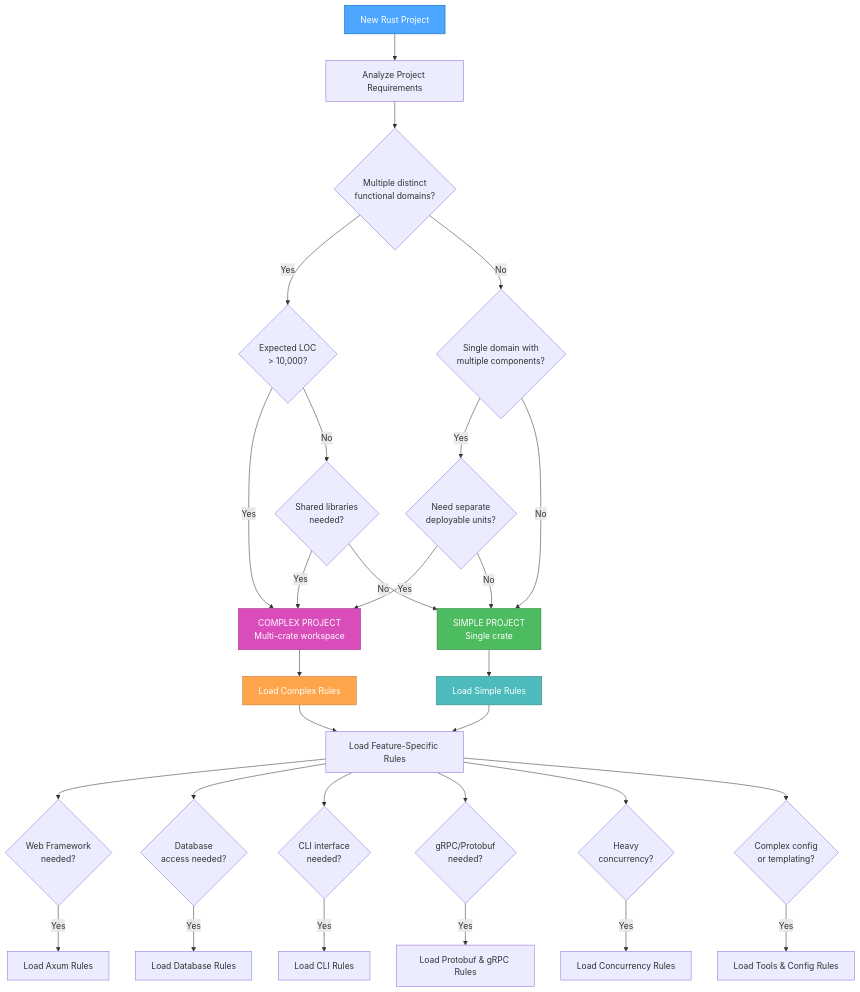
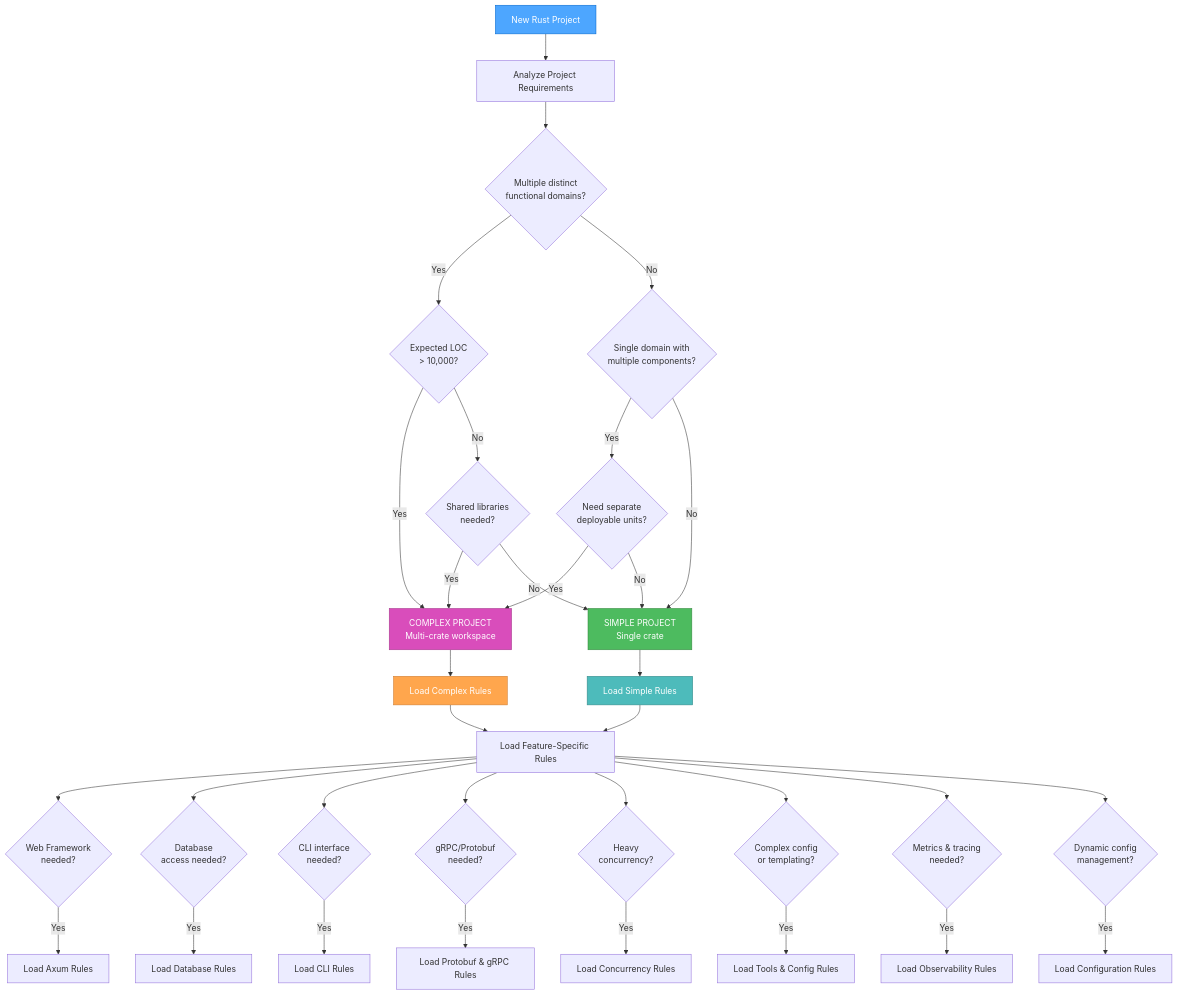
Before and after one commit to tyrchen/rust-lib-template: the first of 3 diagrams in .cursor/rules/rust/main.mdc, drawn with Mermaid. The commit also changed other lines of this file and 4 other files, not shown here.

````diff
--- a/.cursor/rules/rust/main.mdc
+++ b/.cursor/rules/rust/main.mdc
@@ -12,43 +12,47 @@
 ```mermaid
 graph TD
     Start["New Rust Project"] --> Analyze["Analyze Project Requirements"]
     Analyze --> Q1{"Multiple distinct<br>functional domains?"}
     Q1 -->|Yes| Q2{"Expected LOC<br>> 10,000?"}
     Q1 -->|No| Q3{"Single domain with<br>multiple components?"}
 
     Q2 -->|Yes| Complex["COMPLEX PROJECT<br>Multi-crate workspace"]
     Q2 -->|No| Q4{"Shared libraries<br>needed?"}
     Q4 -->|Yes| Complex
     Q4 -->|No| Simple["SIMPLE PROJECT<br>Single crate"]
 
     Q3 -->|Yes| Q5{"Need separate<br>deployable units?"}
     Q3 -->|No| Simple
     Q5 -->|Yes| Complex
     Q5 -->|No| Simple
 
     Complex --> LoadComplex["Load Complex Rules"]
     Simple --> LoadSimple["Load Simple Rules"]
 
     LoadComplex --> Features["Load Feature-Specific Rules"]
     LoadSimple --> Features
 
     Features --> Web{"Web Framework<br>needed?"}
     Features --> DB{"Database<br>access needed?"}
     Features --> CLI{"CLI interface<br>needed?"}
     Features --> GRPC{"gRPC/Protobuf<br>needed?"}
     Features --> Concurrent{"Heavy<br>concurrency?"}
     Features --> Config{"Complex config<br>or templating?"}
+    Features --> Observability{"Metrics & tracing<br>needed?"}
+    Features --> ConfigMgmt{"Dynamic config<br>management?"}
 
     Web -->|Yes| WebRules["Load Axum Rules"]
     DB -->|Yes| DBRules["Load Database Rules"]
     CLI -->|Yes| CLIRules["Load CLI Rules"]
     GRPC -->|Yes| GRPCRules["Load Protobuf & gRPC Rules"]
     Concurrent -->|Yes| ConcurrencyRules["Load Concurrency Rules"]
     Config -->|Yes| ToolsRules["Load Tools & Config Rules"]
+    Observability -->|Yes| ObservabilityRules["Load Observability Rules"]
+    ConfigMgmt -->|Yes| ConfigMgmtRules["Load Configuration Rules"]
 
     style Start fill:#4da6ff,stroke:#0066cc,color:white
     style Complex fill:#d94dbb,stroke:#a3378a,color:white
     style Simple fill:#4dbb5f,stroke:#36873f,color:white
     style LoadComplex fill:#ffa64d,stroke:#cc7a30,color:white
     style LoadSimple fill:#4dbbbb,stroke:#368787,color:white
 ```
````
